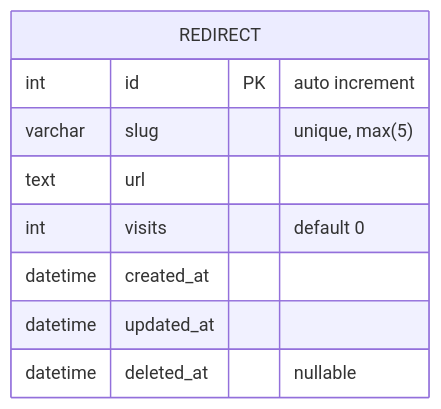
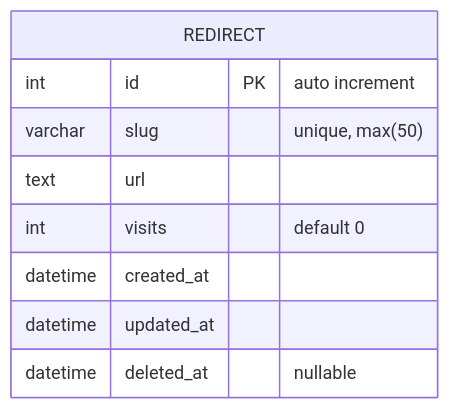
One commit to tighten/mon-petit changed the second of 2 diagrams in docs/0000-url-shortener-feature.md. Above: the diagram before and after it, drawn with Mermaid. The commit also changed 3 other files, not shown here.

````diff
--- a/docs/0000-url-shortener-feature.md
+++ b/docs/0000-url-shortener-feature.md
@@ -32,13 +32,13 @@
 ```mermaid
 erDiagram
     REDIRECT 
     REDIRECT {
         int id PK "auto increment"
-        varchar slug "unique, max(5)"
+        varchar slug "unique, max(50)"
         text url
         int visits "default 0"
         datetime created_at
         datetime updated_at
         datetime deleted_at "nullable"
     }
 ```
````
